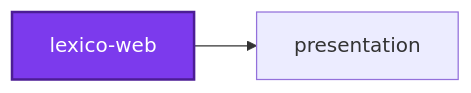
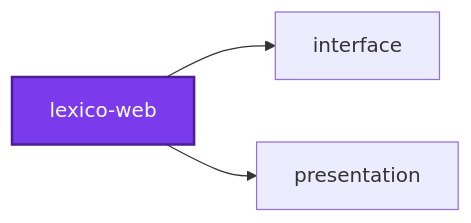
The first of 2 diagrams in projects/lexico/lexico-web/README.md (organizzolini/codebase), drawn with Mermaid before and after one commit. The commit also changed other lines of this file and 62 other files, not shown here.

````diff
--- a/projects/lexico/lexico-web/README.md
+++ b/projects/lexico/lexico-web/README.md
@@ -372,8 +372,10 @@
 ```mermaid
 graph LR
+  interface["interface"]
   lexico_web["lexico-web"]
   presentation["presentation"]
+  lexico_web --> interface
   lexico_web --> presentation
   classDef subject fill:#7c3aed,color:#fff,stroke:#4c1d95,stroke-width:2px
   class lexico_web subject
 ```
````
